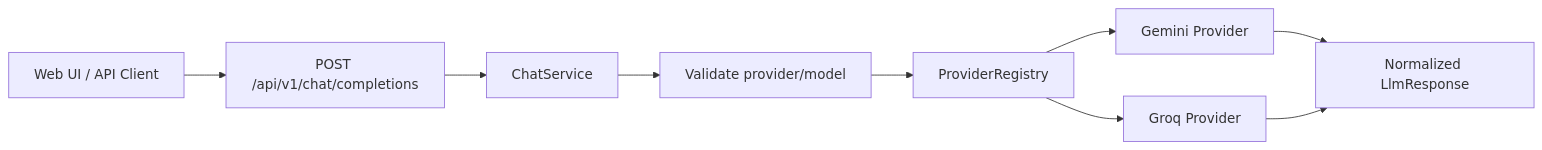
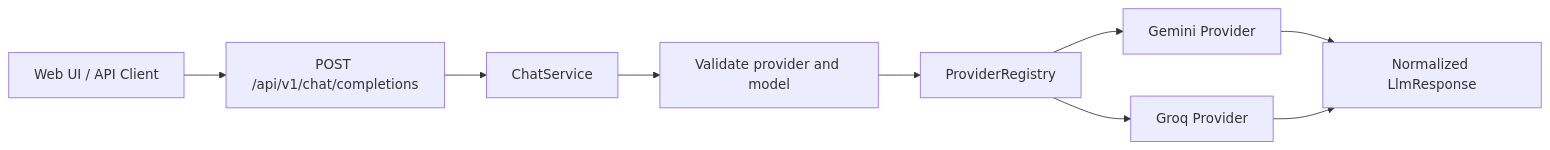
One commit to from-import/ai-platform changed the diagram in README.md. Above: the diagram before and after it, drawn with Mermaid. The commit also changed other lines of this file and 76 other files, not shown here.

````diff
--- a/README.md
+++ b/README.md
@@ -24,11 +24,11 @@
 ```mermaid
 flowchart LR
     Client["Web UI / API Client"] --> API["POST /api/v1/chat/completions"]
     API --> Service["ChatService"]
-    Service --> Model["Validate provider/model"]
+    Service --> Model["Validate provider and model"]
     Model --> Registry["ProviderRegistry"]
     Registry --> Gemini["Gemini Provider"]
     Registry --> Groq["Groq Provider"]
     Gemini --> Response["Normalized LlmResponse"]
     Groq --> Response
 ```
````
